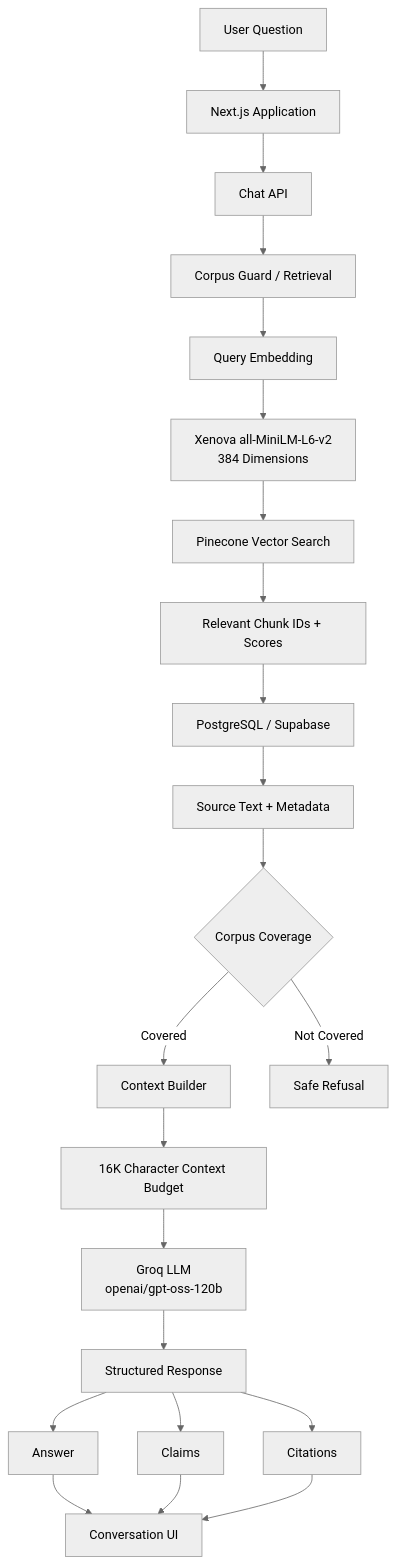
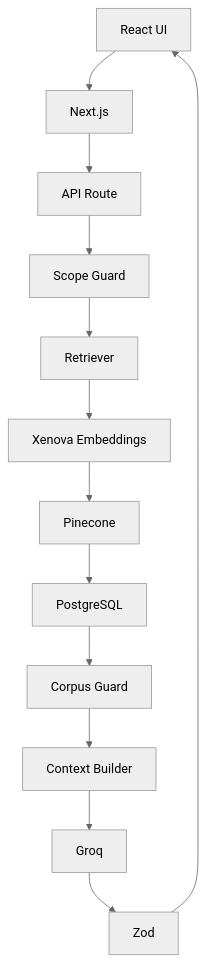
The first of 4 diagrams in README.md (imnashraf/Nutrition-Intelligence), drawn with Mermaid (neutral theme) before and after one commit. The commit also changed other lines of this file, not shown here.

Commit message:
docs: update production architecture README

````diff
--- a/README.md
+++ b/README.md
@@ -98,43 +88,15 @@
 ```mermaid
 flowchart TD
-
-    A[User Question] --> B[Next.js Application]
-
-    B --> C[Chat API]
-
-    C --> D[Corpus Guard / Retrieval]
-
-    D --> E[Query Embedding]
-
-    E --> F[Xenova all-MiniLM-L6-v2<br/>384 Dimensions]
-
-    F --> G[Pinecone Vector Search]
-
-    G --> H[Relevant Chunk IDs + Scores]
-
-    H --> I[PostgreSQL / Supabase]
-
-    I --> J[Source Text + Metadata]
-
-    J --> K{Corpus Coverage}
-
-    K -->|Covered| L[Context Builder]
-
-    K -->|Not Covered| M[Safe Refusal]
-
-    L --> N[16K Character Context Budget]
-
-    N --> O[Groq LLM<br/>openai/gpt-oss-120b]
-
-    O --> P[Structured Response]
-
-    P --> Q[Answer]
-
-    P --> R[Claims]
-
-    P --> S[Citations]
-
-    Q --> T[Conversation UI]
-    R --> T
-    S --> T
+    UI[React UI] --> Next[Next.js]
+    Next --> API[API Route]
+    API --> ScopeGuard[Scope Guard]
+    ScopeGuard --> Retriever[Retriever]
+    Retriever --> Embeddings[Xenova Embeddings]
+    Embeddings --> Pinecone[Pinecone]
+    Pinecone --> PostgreSQL[PostgreSQL]
+    PostgreSQL --> CorpusGuard[Corpus Guard]
+    CorpusGuard --> Context[Context Builder]
+    Context --> Groq[Groq]
+    Groq --> Zod[Zod]
+    Zod --> UI
 ```
````
